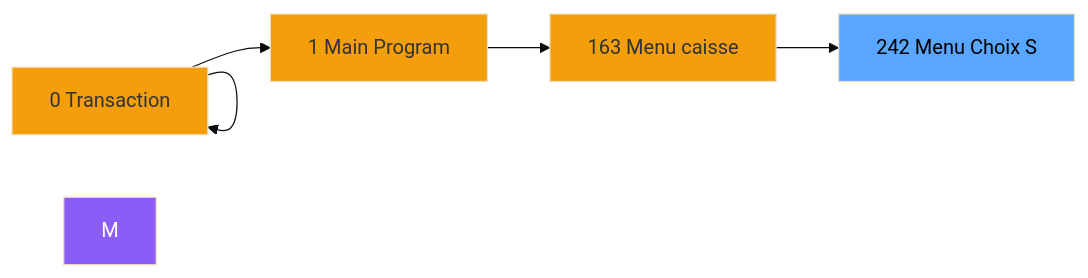
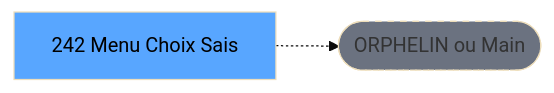
Before and after one commit to thonyAGP/lecteur-magic: the second of 3 diagrams in .openspec/renders/ADH-IDE-242.md, drawn with Mermaid (base theme). The commit also changed other lines of this file and 701 other files, not shown here.

````diff
--- a/.openspec/renders/ADH-IDE-242.md
+++ b/.openspec/renders/ADH-IDE-242.md
@@ -128,21 +120,8 @@
 ```mermaid
 graph LR
-    N0[0 Transaction ]
-    N0[0 Transaction ]
-    N0[0 Transaction ]
-    N1[1 Main Program]
-    N163[163 Menu caisse ]
-    T[242 Menu Choix S]
-    N0 --> N0
-    N0 --> N0
-    N0 --> N1
-    N1 --> N163
-    N163 --> T
-    style M fill:#8b5cf6,color:#fff
-    style N0 fill:#f59e0b
-    style N0 fill:#f59e0b
-    style N0 fill:#f59e0b
-    style N1 fill:#f59e0b
-    style N163 fill:#f59e0b
+    T[242 Menu Choix Sais]
+    ORPHAN([ORPHELIN ou Main])
+    T -.-> ORPHAN
     style T fill:#58a6ff,color:#000
+    style ORPHAN fill:#6b7280,stroke-dasharray: 5 5
 ```
````
